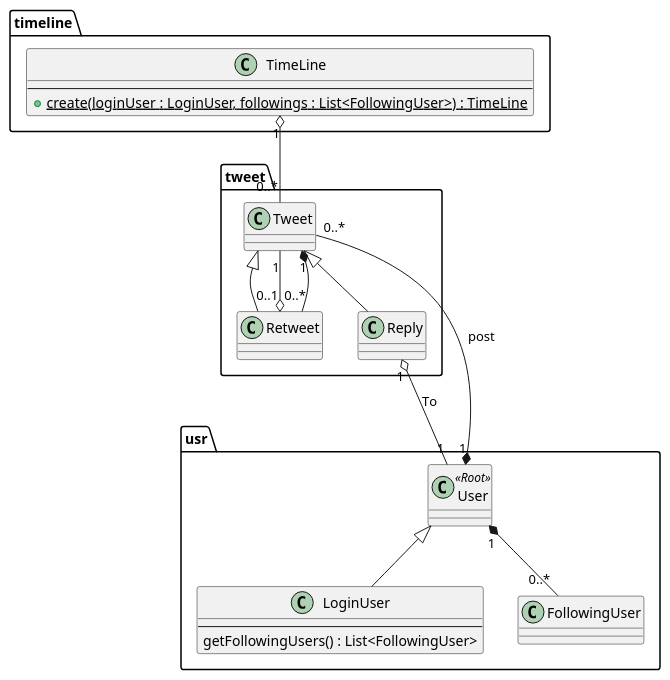
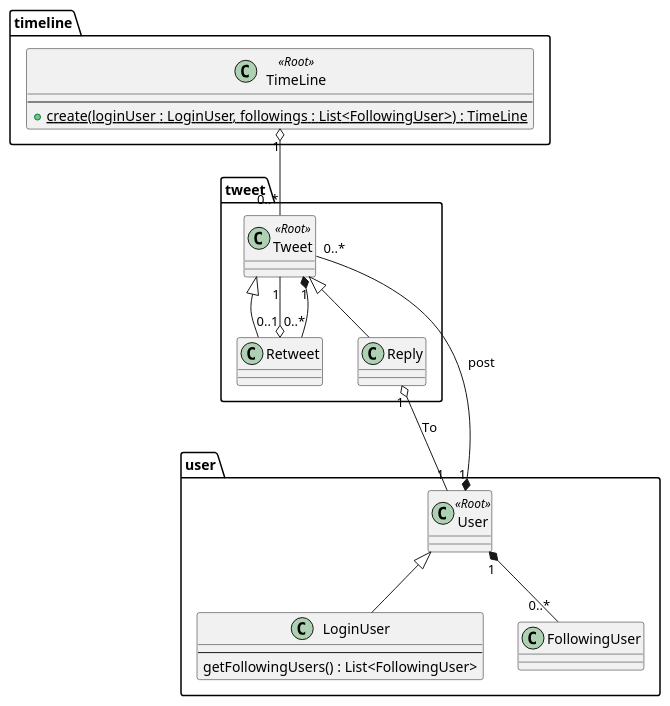
Before and after one commit to m-doi/dddprac-twitter: the diagram in domain_model.puml, drawn with PlantUML.

Commit message:
タイポ修正

```diff
--- a/domain_model.puml
+++ b/domain_model.puml
@@ -1,41 +1,41 @@
 @startuml
 
 package tweet {
-    class Tweet
+    class Tweet  <<Root>>
     class Retweet
     class Reply
 }
 
 Tweet <|-- Retweet
 Tweet <|-- Reply
 Retweet "0..1" o-- "1" Tweet
 Tweet "1" *-- "0..*" Retweet
 
-package usr {
+package user {
     class User <<Root>>
     class LoginUser {
         --
         getFollowingUsers() : List<FollowingUser>
     }
 
     User <|-- LoginUser
 
     class FollowingUser
     User "1" *-- "0..*" FollowingUser
 }
 
 User "1" *-- "0..*" Tweet : post
 Reply "1" o-- "1" User : To
 
 package timeline {
-    class TimeLine {
+    class TimeLine <<Root>> {
         --
         + {static} create(loginUser : LoginUser, followings : List<FollowingUser>) : TimeLine
     }
 }
 
 TimeLine "1" o-- "0..*" Tweet
 
 
 
 @enduml
```
